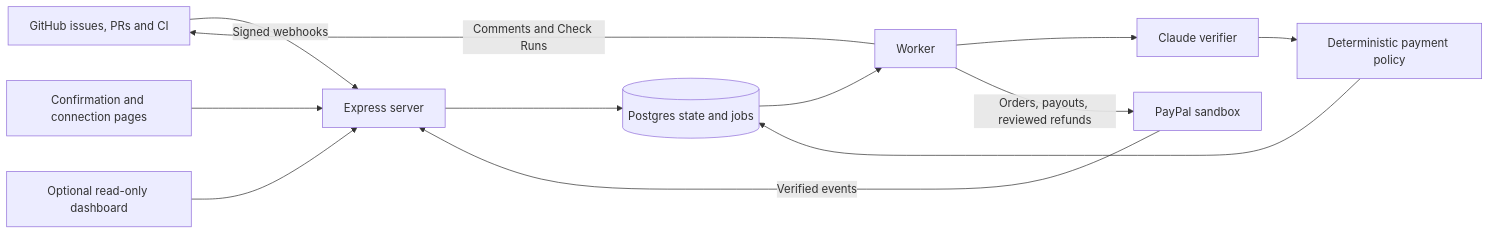
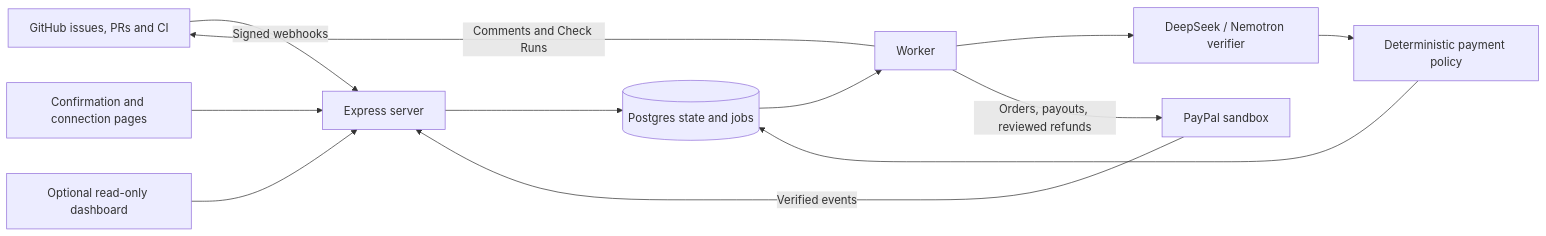
The diagram in README.md (Me-cha/repopay), drawn with Mermaid before and after one commit. The commit also changed other lines of this file and 69 other files, not shown here.

````diff
--- a/README.md
+++ b/README.md
@@ -52,14 +52,14 @@
 ```mermaid
 flowchart LR
     GH[GitHub issues, PRs and CI] -->|Signed webhooks| API[Express server]
     PP[PayPal sandbox] -->|Verified events| API
     API --> DB[(Postgres state and jobs)]
     DB --> W[Worker]
-    W --> AI[Claude verifier]
+    W --> AI[DeepSeek / Nemotron verifier]
     AI --> P[Deterministic payment policy]
     P --> DB
     W -->|Orders, payouts, reviewed refunds| PP
     W -->|Comments and Check Runs| GH
     UI[Confirmation and connection pages] --> API
     VIEW[Optional read-only dashboard] --> API
 ```
````
